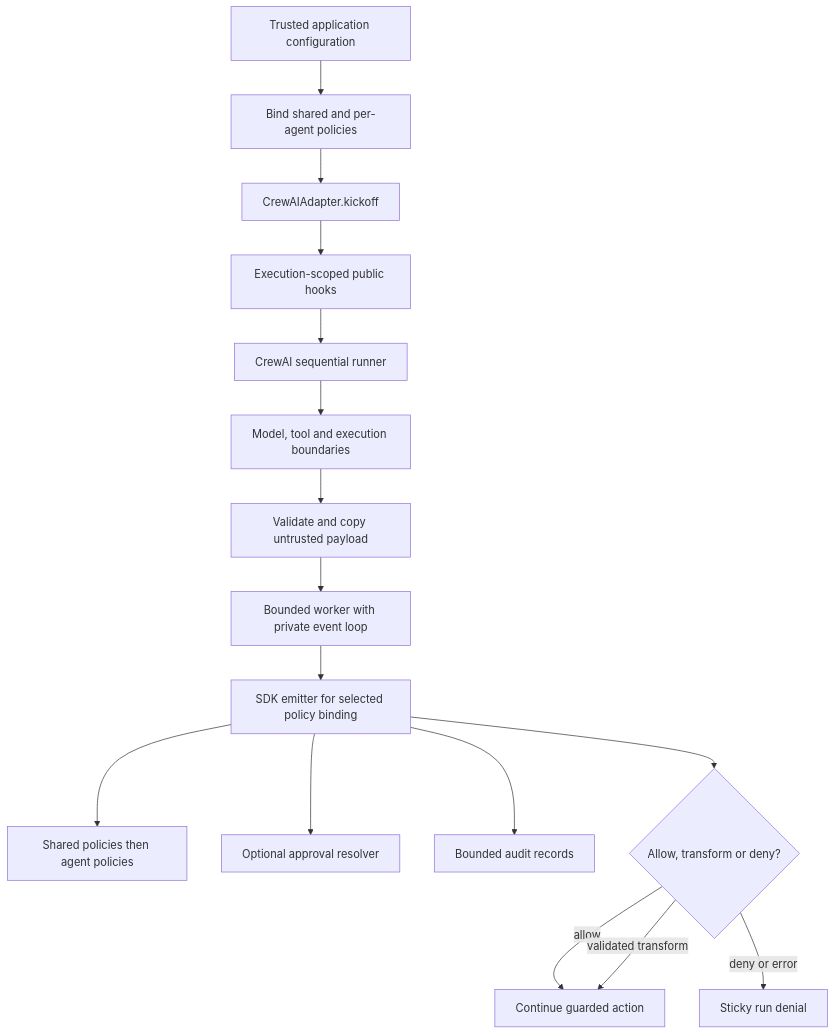
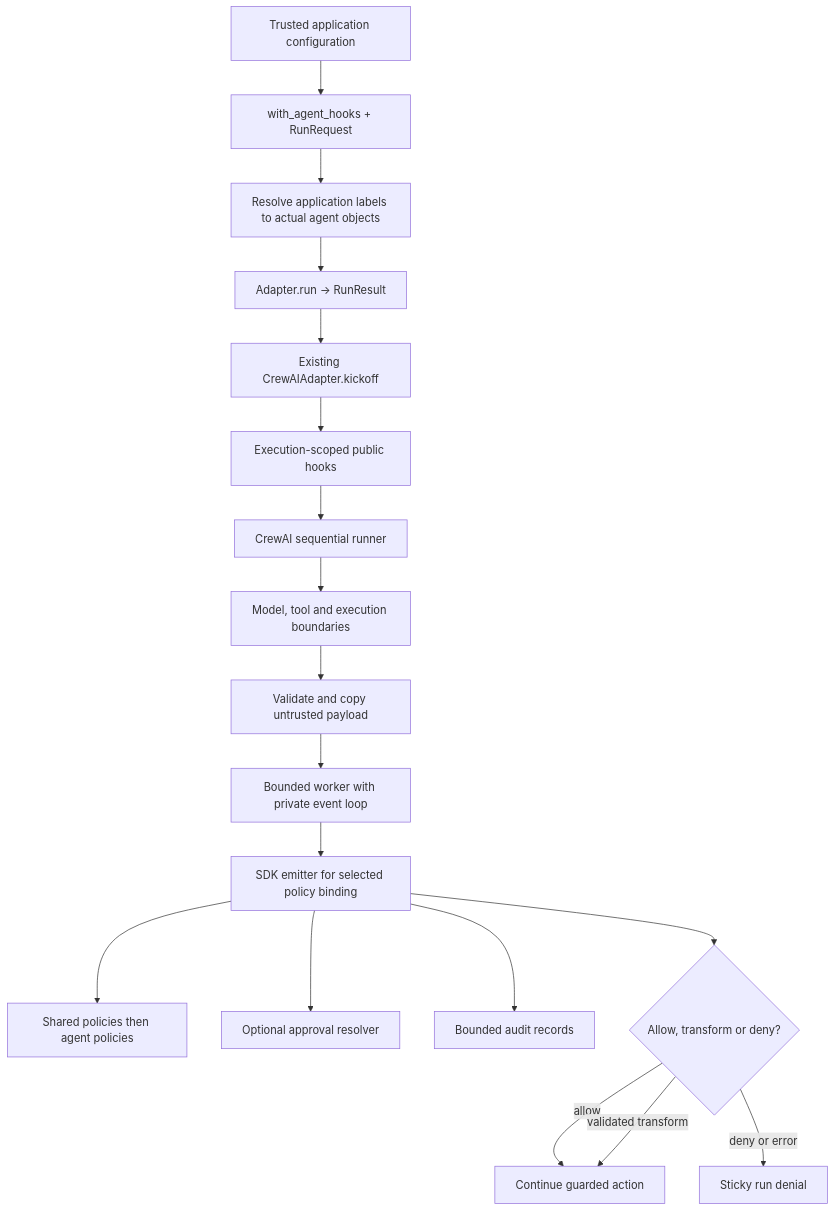
The first of 2 diagrams in docs/architecture.md (prayagupa/agent-control-adapters), drawn with Mermaid before and after one commit. The commit also changed other lines of this file and 32 other files, not shown here.

First line of the commit message:
feat(adapters): add portable API and CrewAI hook examples

````diff
--- a/docs/architecture.md
+++ b/docs/architecture.md
@@ -20,18 +22,20 @@
 ```mermaid
 flowchart TB
-    App["Trusted application configuration"] --> Bind["Bind shared and per-agent policies"]
-    Bind --> Adapter["CrewAIAdapter.kickoff"]
+    App["Trusted application configuration"] --> API["with_agent_hooks + RunRequest"]
+    API --> Bind["Resolve application labels to actual agent objects"]
+    Bind --> Run["Adapter.run -> RunResult"]
+    Run --> Adapter["Existing CrewAIAdapter.kickoff"]
     Adapter --> Scope["Execution-scoped public hooks"]
     Scope --> Crew["CrewAI sequential runner"]
     Crew --> Hook["Model, tool and execution boundaries"]
     Hook --> Validate["Validate and copy untrusted payload"]
     Validate --> Worker["Bounded worker with private event loop"]
     Worker --> Emitter["SDK emitter for selected policy binding"]
     Emitter --> Policy["Shared policies then agent policies"]
     Emitter --> Approval["Optional approval resolver"]
     Emitter --> Records["Bounded audit records"]
     Emitter --> Verdict{"Allow, transform or deny?"}
     Verdict -->|allow| Execute["Continue guarded action"]
     Verdict -->|validated transform| Execute
     Verdict -->|deny or error| Abort["Sticky run denial"]
 ```
````
